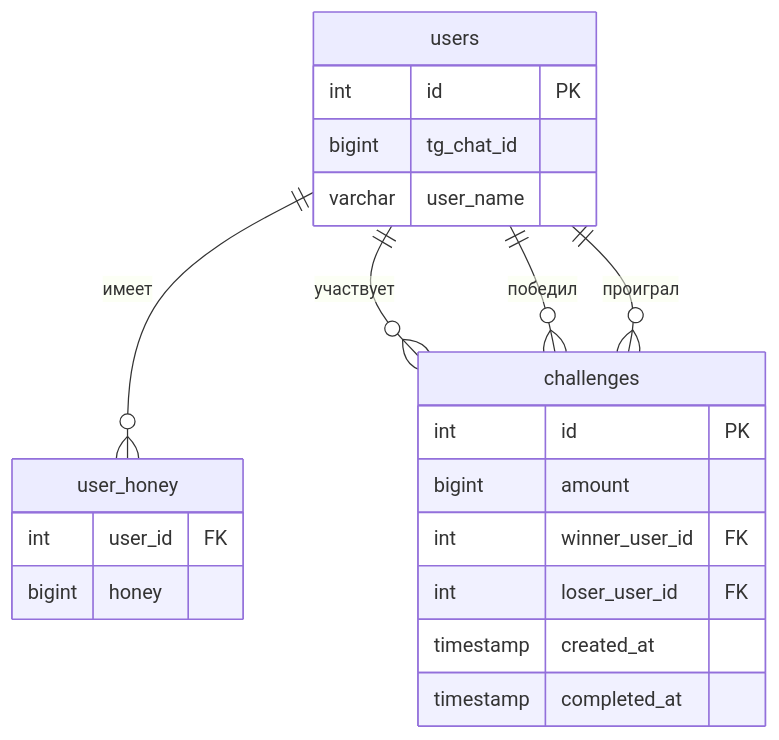
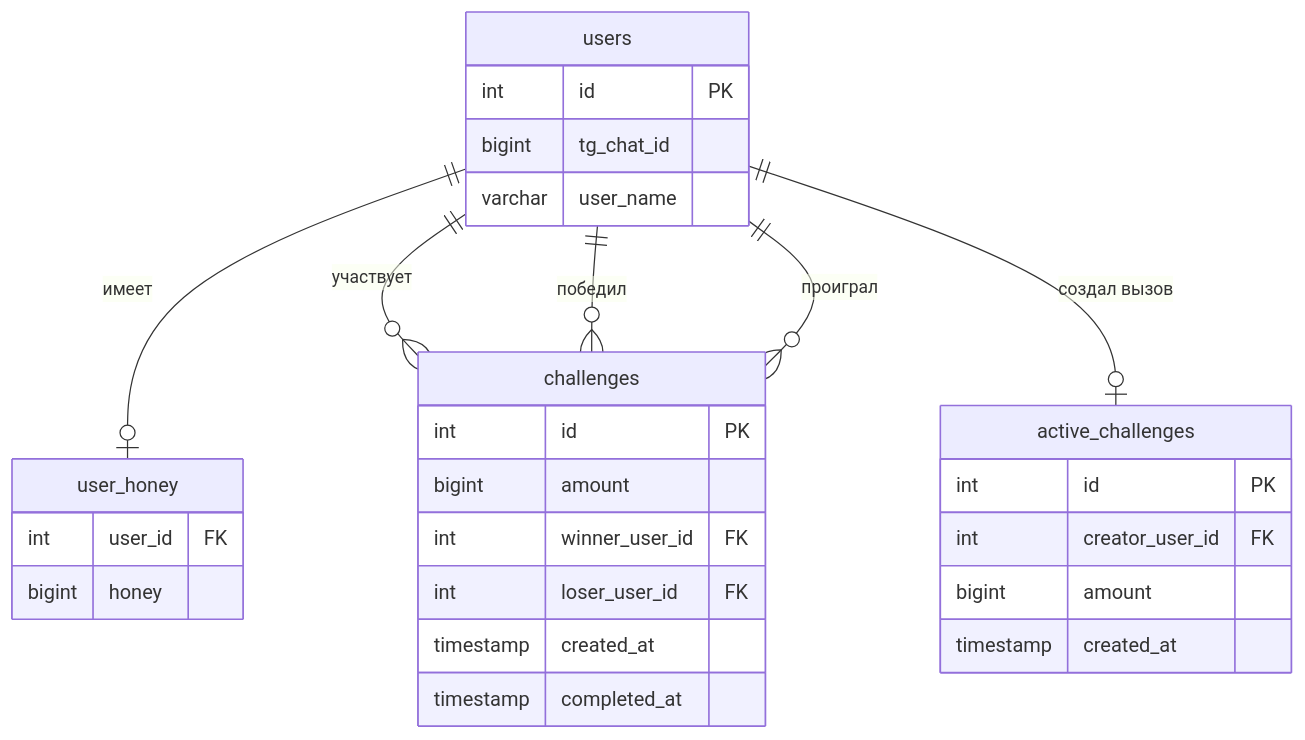
One commit to toxagpark/HoneyGame changed the diagram in docs/database_schema.md. Above: the diagram before and after it, drawn with Mermaid. The commit also changed other lines of this file and 25 other files, not shown here.

````diff
--- a/docs/database_schema.md
+++ b/docs/database_schema.md
@@ -9,27 +9,35 @@
 ```mermaid
 erDiagram
-    users ||--o{ user_honey : "имеет"
+    users ||--o| user_honey : "имеет"
     users ||--o{ challenges : "участвует"
     users ||--o{ challenges : "победил"
     users ||--o{ challenges : "проиграл"
+    users ||--o| active_challenges : "создал вызов"
 
     users {
         int id PK
         bigint tg_chat_id
         varchar user_name
     }
 
     user_honey {
         int user_id FK
         bigint honey
     }
 
     challenges {
         int id PK
         bigint amount
         int winner_user_id FK
         int loser_user_id FK
         timestamp created_at
         timestamp completed_at
     }
+
+    active_challenges {
+        int id PK
+        int creator_user_id FK
+        bigint amount
+        timestamp created_at
+    }
 ```
````
